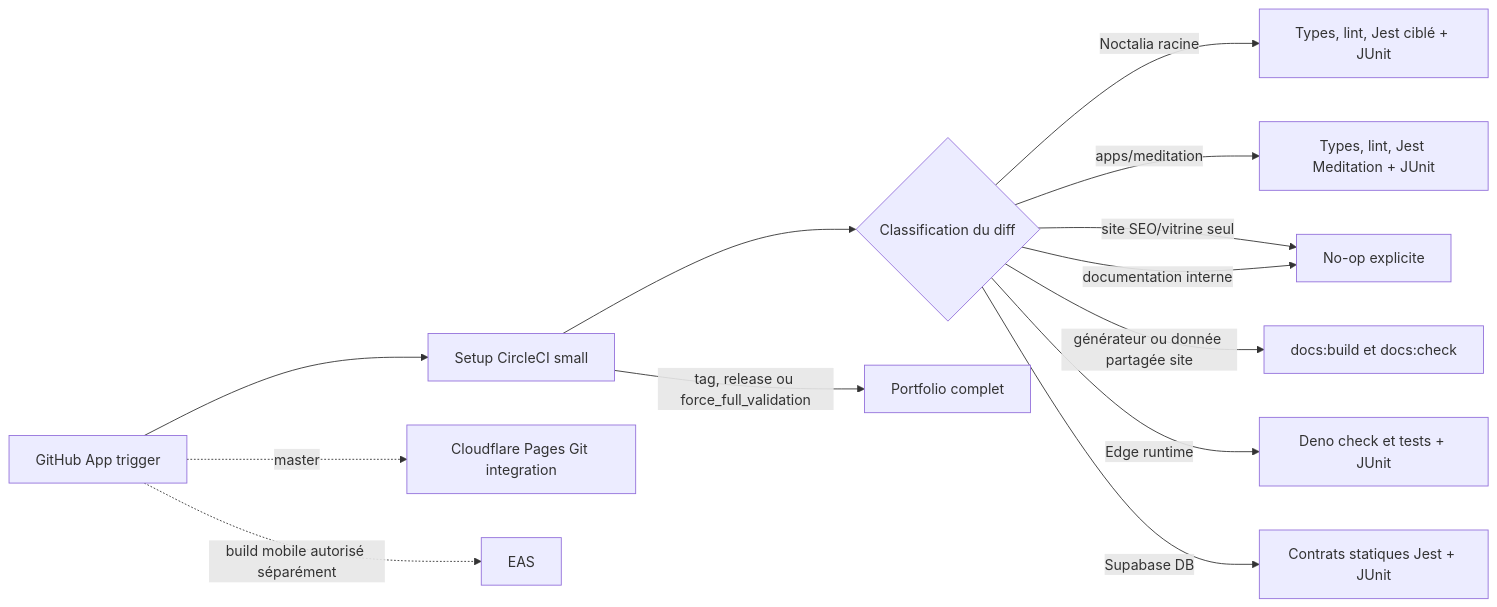
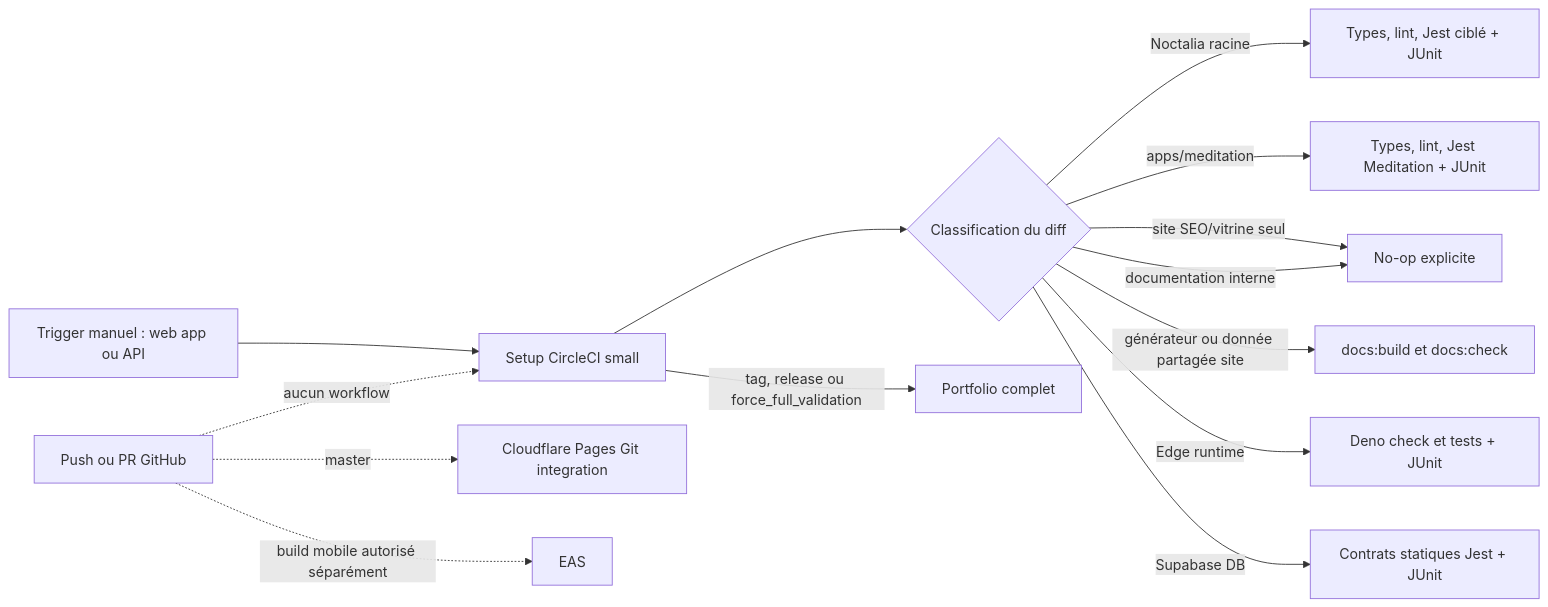
The diagram in doc_web_interne/docs/circleci-migration.md (thannous/dreamer), drawn with Mermaid before and after one commit. The commit also changed other lines of this file and 18 other files, not shown here.

````diff
--- a/doc_web_interne/docs/circleci-migration.md
+++ b/doc_web_interne/docs/circleci-migration.md
@@ -9,15 +91,16 @@
 ```mermaid
 flowchart LR
-  GH[GitHub App trigger] --> S[Setup CircleCI small]
+  T[Trigger manuel : web app ou API] --> S[Setup CircleCI small]
+  GH[Push ou PR GitHub] -. aucun workflow .-> S
   S --> C{Classification du diff}
   C -->|Noctalia racine| N[Types, lint, Jest ciblé + JUnit]
   C -->|apps/meditation| M[Types, lint, Jest Meditation + JUnit]
   C -->|site SEO/vitrine seul| Z[No-op explicite]
   C -->|générateur ou donnée partagée site| D[docs:build et docs:check]
   C -->|Edge runtime| E[Deno check et tests + JUnit]
   C -->|Supabase DB| B[Contrats statiques Jest + JUnit]
   C -->|documentation interne| Z[No-op explicite]
   S -->|tag, release ou force_full_validation| F[Portfolio complet]
   GH -. master .-> CF[Cloudflare Pages Git integration]
   GH -. build mobile autorisé séparément .-> EA[EAS]
 ```
````
